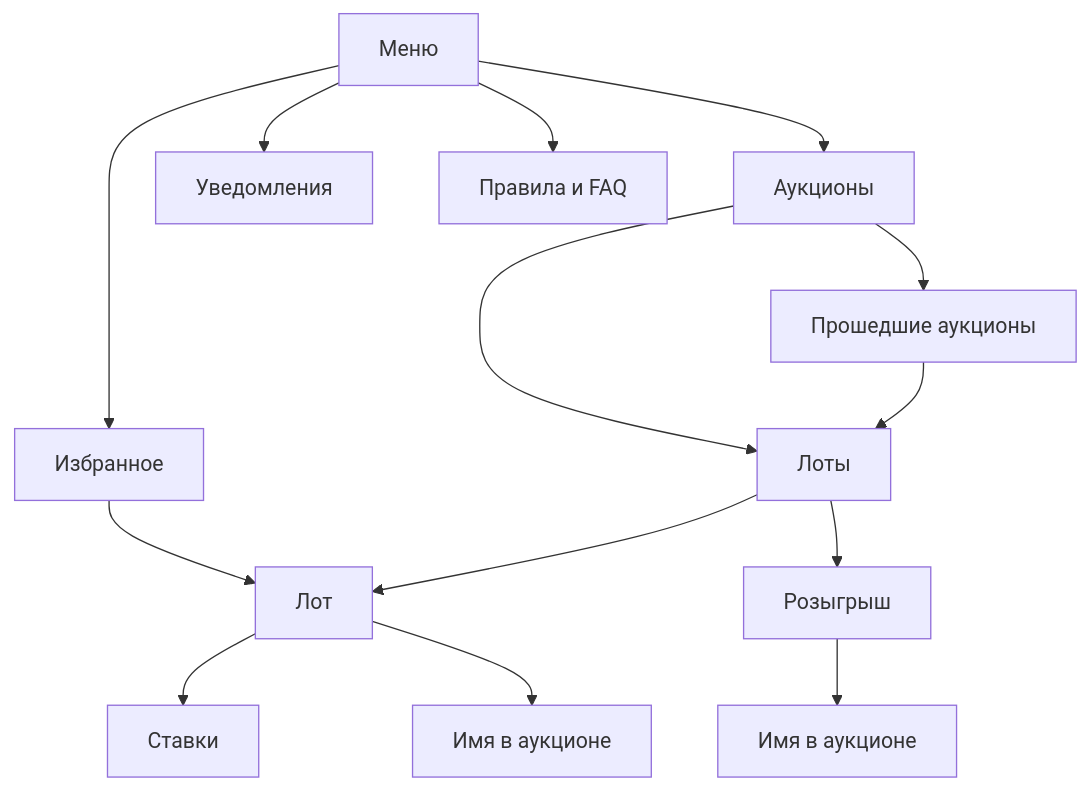
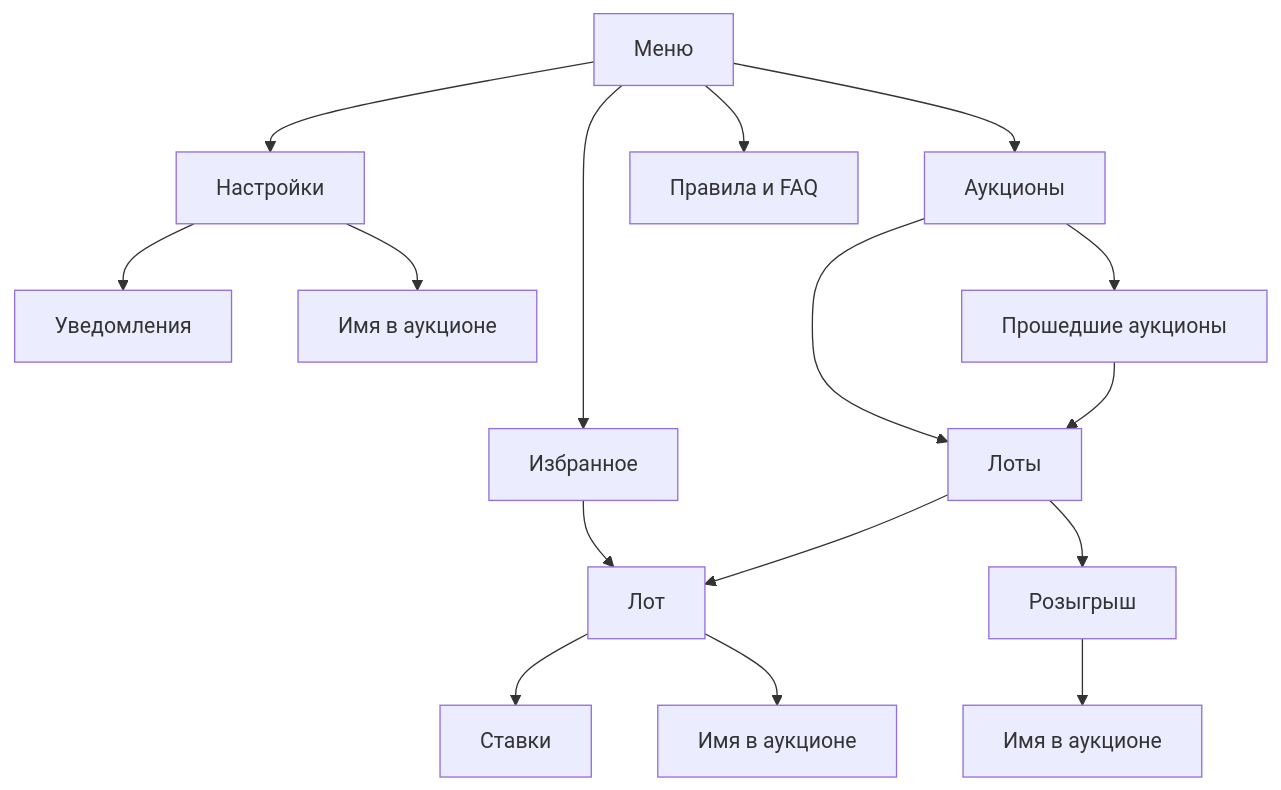
One commit to Solguficky/solguficky-hub changed the second of 2 diagrams in docs/design/bot/design-code.md. Above: the diagram before and after it, drawn with Mermaid. The commit also changed other lines of this file and 4 other files, not shown here.

Commit message:
docs: Align the settings tree and the name schema comment

````diff
--- a/docs/design/bot/design-code.md
+++ b/docs/design/bot/design-code.md
@@ -101,17 +102,19 @@
 ```mermaid
 flowchart TD
     menu[Меню]
     menu --> auctions[Аукционы]
     menu --> favorites[Избранное]
-    menu --> notify[Уведомления]
+    menu --> settings[Настройки]
     menu --> faq[Правила и FAQ]
+    settings --> notify[Уведомления]
+    settings --> settingsName[Имя в аукционе]
     auctions --> past[Прошедшие аукционы]
     auctions --> feed[Лоты]
     favorites --> lot
     past --> feed
     feed --> lot[Лот]
     lot --> history[Ставки]
     lot --> name[Имя в аукционе]
     feed --> raffle[Розыгрыш]
     raffle --> raffleName[Имя в аукционе]
 ```
````
